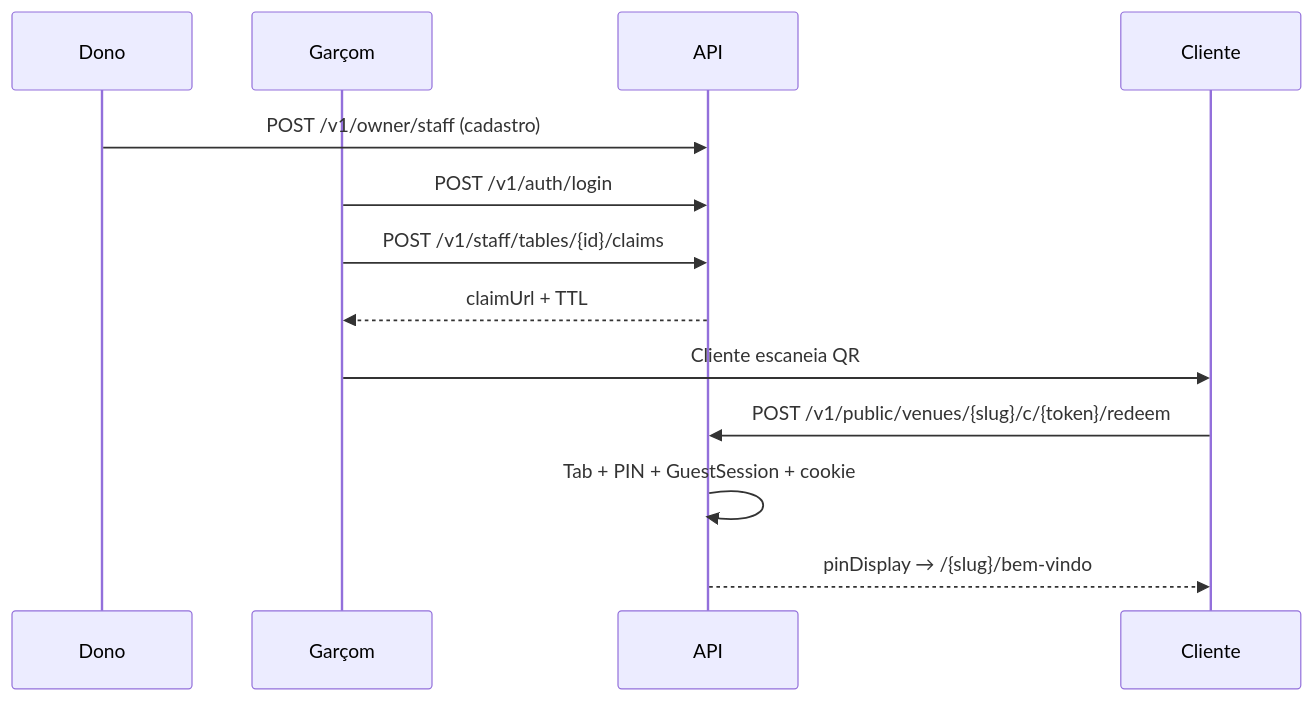
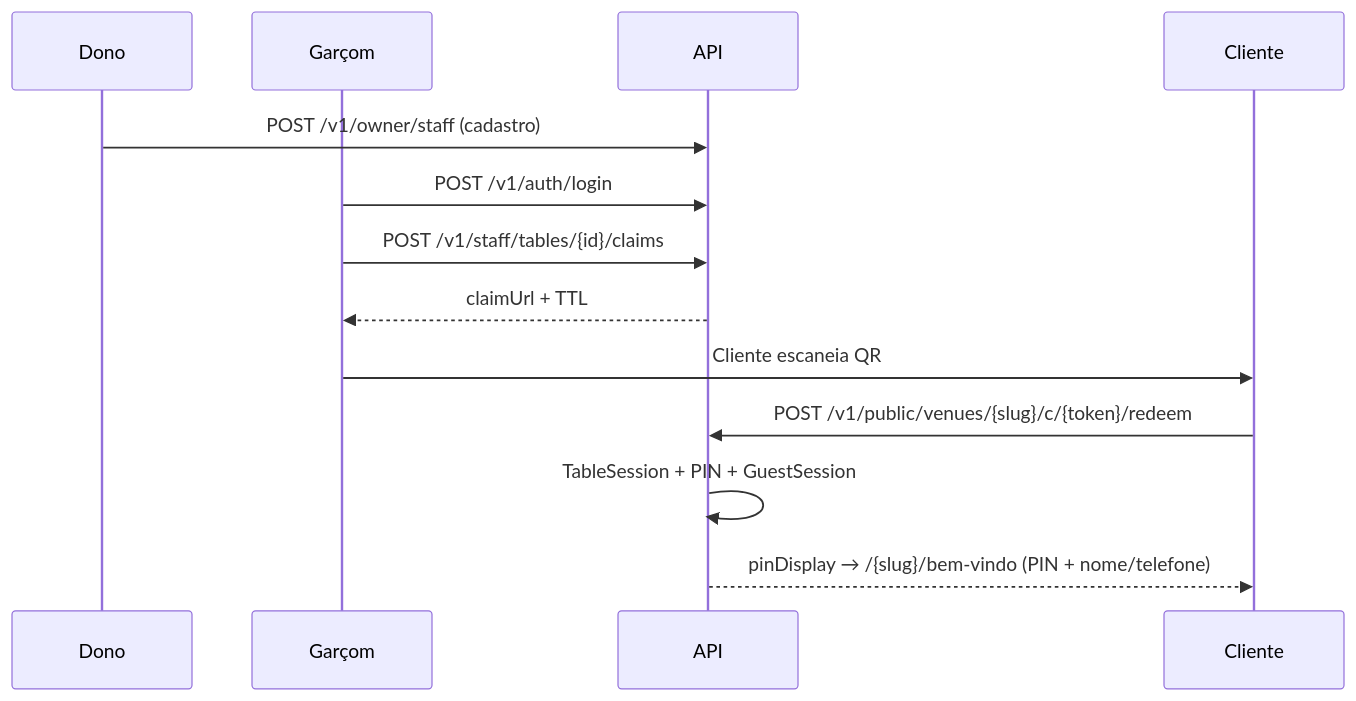
One commit to filiperamosds/eaimesa changed the fourth of 5 diagrams in docs/product/fluxos.md. Above: the diagram before and after it, drawn with Mermaid. The commit also changed other lines of this file and 36 other files, not shown here.

First line of the commit message:
feat(fatia-6): comandas individuais por nome e telefone

````diff
--- a/docs/product/fluxos.md
+++ b/docs/product/fluxos.md
@@ -80,16 +80,16 @@
 ```mermaid
 sequenceDiagram
   participant D as Dono
   participant G as Garçom
   participant API as API
   participant C as Cliente
 
   D->>API: POST /v1/owner/staff (cadastro)
   G->>API: POST /v1/auth/login
   G->>API: POST /v1/staff/tables/{id}/claims
   API-->>G: claimUrl + TTL
   G->>C: Cliente escaneia QR
   C->>API: POST /v1/public/venues/{slug}/c/{token}/redeem
-  API->>API: Tab + PIN + GuestSession + cookie
-  API-->>C: pinDisplay → /{slug}/bem-vindo
+  API->>API: TableSession + PIN + GuestSession
+  API-->>C: pinDisplay → /{slug}/bem-vindo (PIN + nome/telefone)
 ```
````
